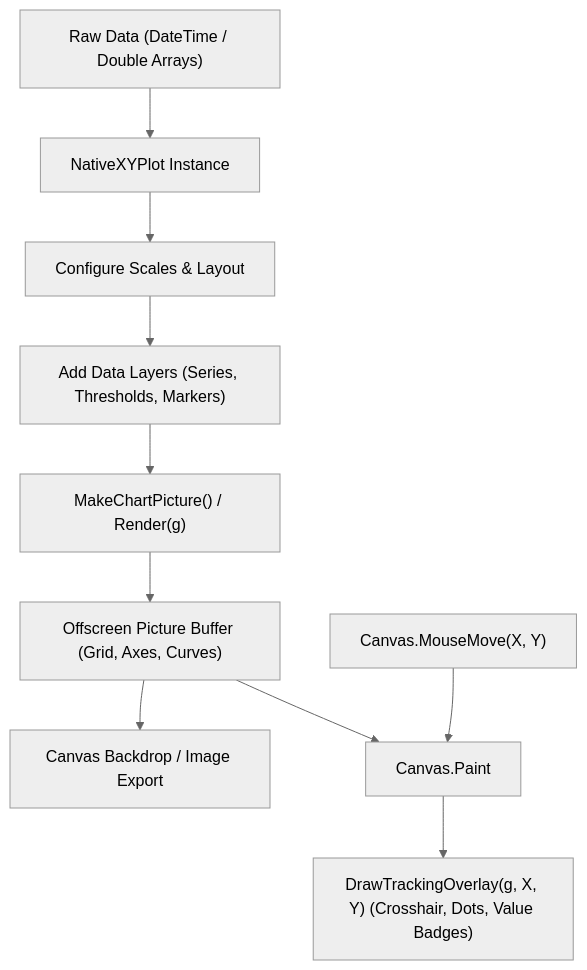
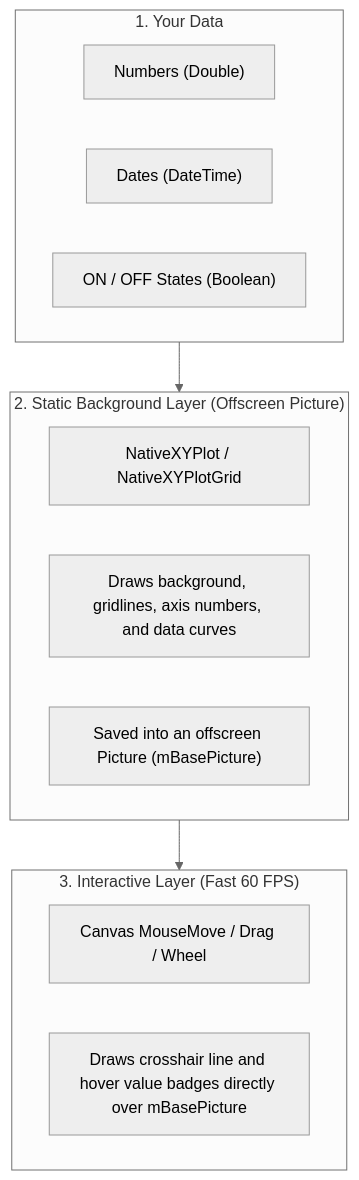
One commit to 0xb01/NativeXYPlot changed the diagram in docs/DOCUMENTATION.md. Above: the diagram before and after it, drawn with Mermaid (neutral theme). The commit also changed other lines of this file and 9 other files, not shown here.

First line of the commit message:
Added NativeXYPlotGrild, subplot zoom/pan, updated docs

````diff
--- a/docs/DOCUMENTATION.md
+++ b/docs/DOCUMENTATION.md
@@ -9,13 +11,22 @@
 ```mermaid
 flowchart TD
-    A["Raw Data (DateTime / Double Arrays)"] --> B["NativeXYPlot Instance"]
-    B --> C["Configure Scales & Layout"]
-    C --> D["Add Data Layers (Series, Thresholds, Markers)"]
-    D --> E["MakeChartPicture() / Render(g)"]
-    E --> F["Offscreen Picture Buffer (Grid, Axes, Curves)"]
-    F --> G["Canvas Backdrop / Image Export"]
-    
-    H["Canvas.MouseMove(X, Y)"] --> I["Canvas.Paint"]
-    F --> I
-    I --> J["DrawTrackingOverlay(g, X, Y) (Crosshair, Dots, Value Badges)"]
+    subgraph Data ["1. Your Data"]
+        D1["Numbers (Double)"]
+        D2["Dates (DateTime)"]
+        D3["ON / OFF States (Boolean)"]
+    end
+
+    subgraph StaticLayer ["2. Static Background Layer (Offscreen Picture)"]
+        S1["NativeXYPlot / NativeXYPlotGrid"]
+        S2["Draws background, gridlines, axis numbers, and data curves"]
+        S3["Saved into an offscreen Picture (mBasePicture)"]
+    end
+
+    subgraph FastOverlay ["3. Interactive Layer (Fast 60 FPS)"]
+        O1["Canvas MouseMove / Drag / Wheel"]
+        O2["Draws crosshair line and hover value badges directly over mBasePicture"]
+    end
+
+    Data --> StaticLayer
+    StaticLayer --> FastOverlay
 ```
````
